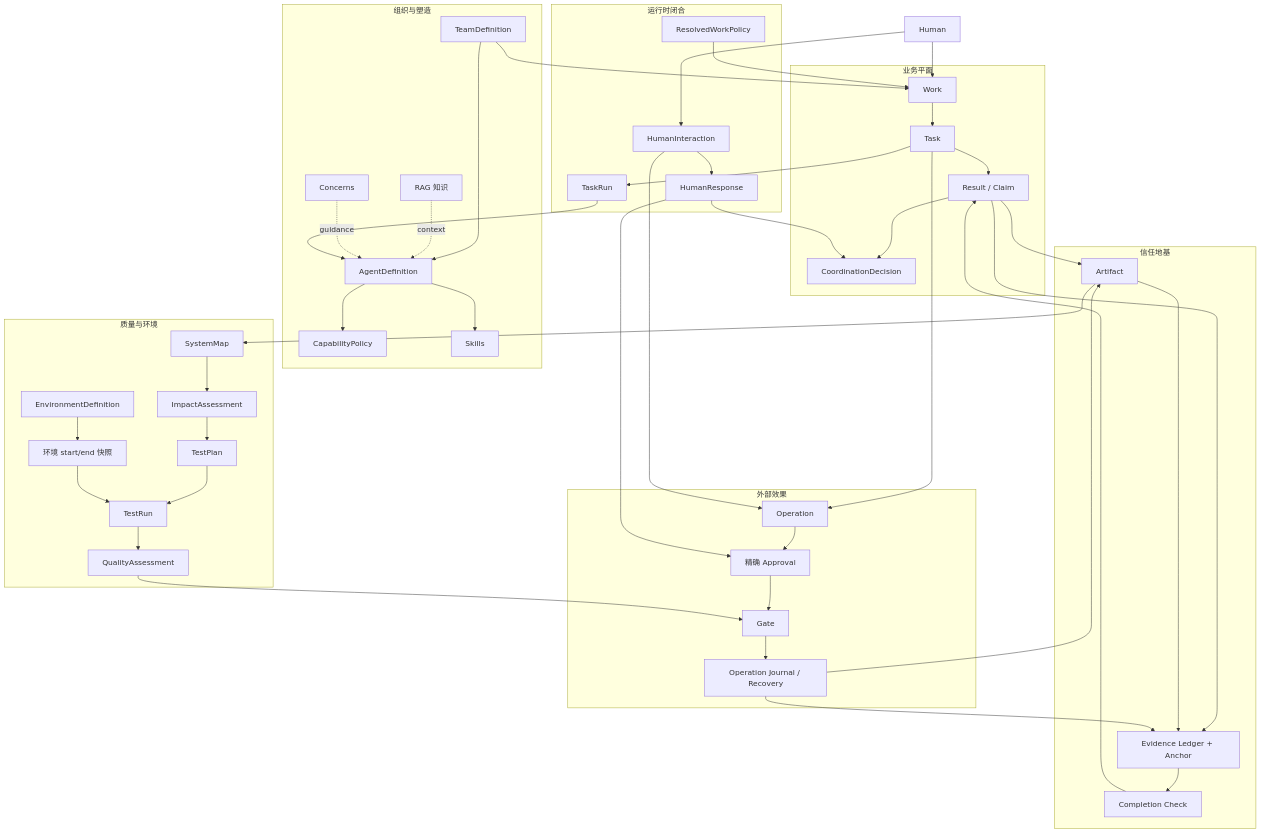
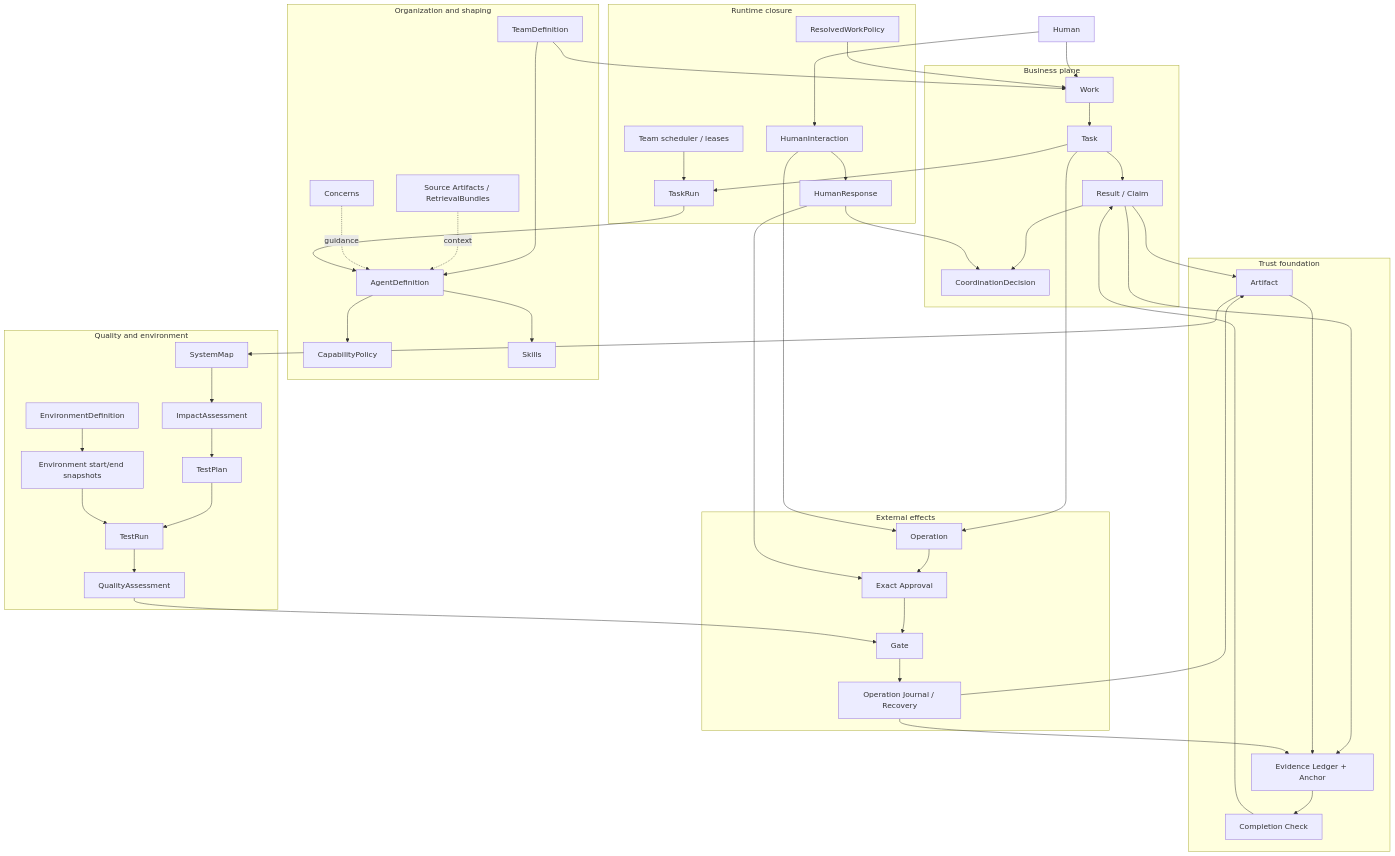
One commit to cynos-ai/Tiangong changed the diagram in docs/design/evidence-backed-team-control-overview.zh.md. Above: the diagram before and after it, drawn with Mermaid. The commit also changed other lines of this file and 1 other file, not shown here.

```diff
--- a/docs/design/evidence-backed-team-control-overview.zh.md
+++ b/docs/design/evidence-backed-team-control-overview.zh.md
@@ -26,7 +35,7 @@
 flowchart TB
     H[Human]
 
-    subgraph Business[业务平面]
+    subgraph Business[Business plane]
         W[Work]
         T[Task]
         R[Result / Claim]
@@ -35,23 +44,25 @@
         R --> D
     end
 
-    subgraph Runtime[运行时闭合]
+    subgraph Runtime[Runtime closure]
         RWP[ResolvedWorkPolicy]
         RUN[TaskRun]
+        SCH[Team scheduler / leases]
         HI[HumanInteraction]
         HR[HumanResponse]
         RWP --> W
+        SCH --> RUN
         T --> RUN
         HI --> HR
         HR --> D
     end
 
-    subgraph Organization[组织与塑造]
+    subgraph Organization[Organization and shaping]
         TD[TeamDefinition]
         AD[AgentDefinition]
         CP[CapabilityPolicy]
         S[Skills]
-        K[RAG 知识]
+        K[Source Artifacts / RetrievalBundles]
         C[Concerns]
         TD --> AD
         AD --> CP
@@ -60,7 +71,7 @@
         C -. guidance .-> AD
     end
 
-    subgraph Trust[信任地基]
+    subgraph Trust[Trust foundation]
         A[Artifact]
         E[Evidence Ledger + Anchor]
         CC[Completion Check]
@@ -71,21 +82,21 @@
         CC --> R
     end
 
-    subgraph Quality[质量与环境]
+    subgraph Quality[Quality and environment]
         SM[SystemMap]
         IA[ImpactAssessment]
         TP[TestPlan]
         TR[TestRun]
         QA[QualityAssessment]
         ED[EnvironmentDefinition]
-        ES[环境 start/end 快照]
+        ES[Environment start/end snapshots]
         SM --> IA --> TP --> TR --> QA
         ED --> ES --> TR
     end
 
-    subgraph Effects[外部效果]
+    subgraph Effects[External effects]
         O[Operation]
-        AP[精确 Approval]
+        AP[Exact Approval]
         G[Gate]
         J[Operation Journal / Recovery]
         O --> AP --> G --> J
```
